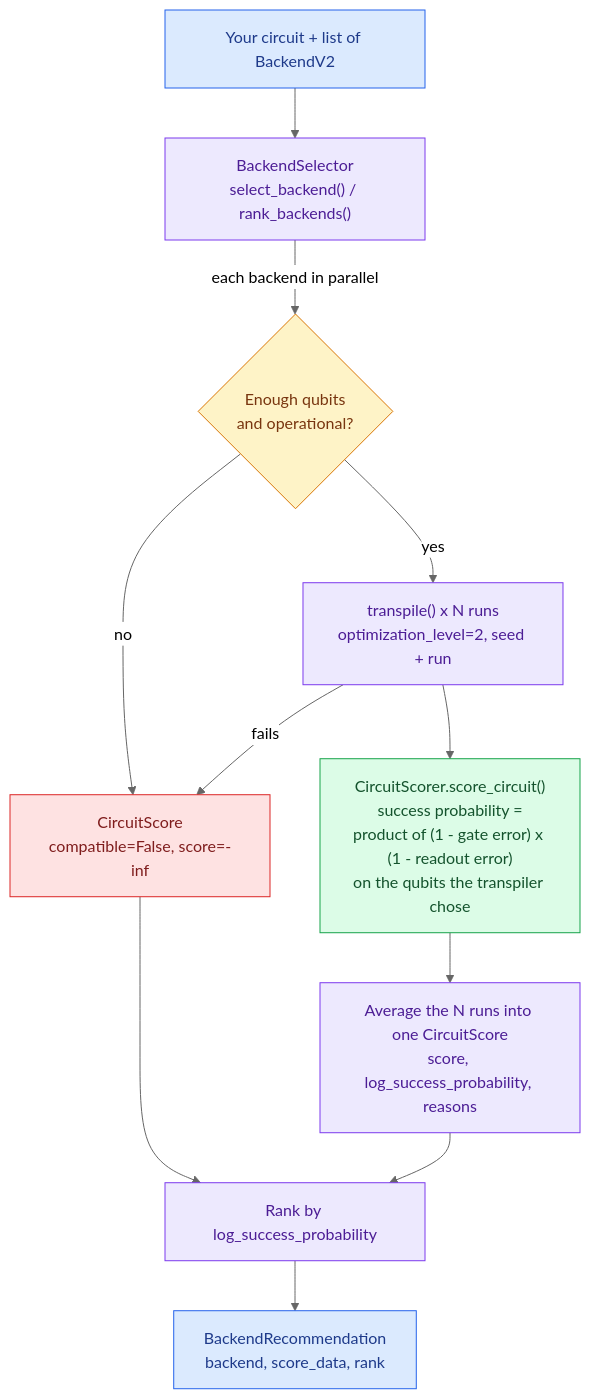
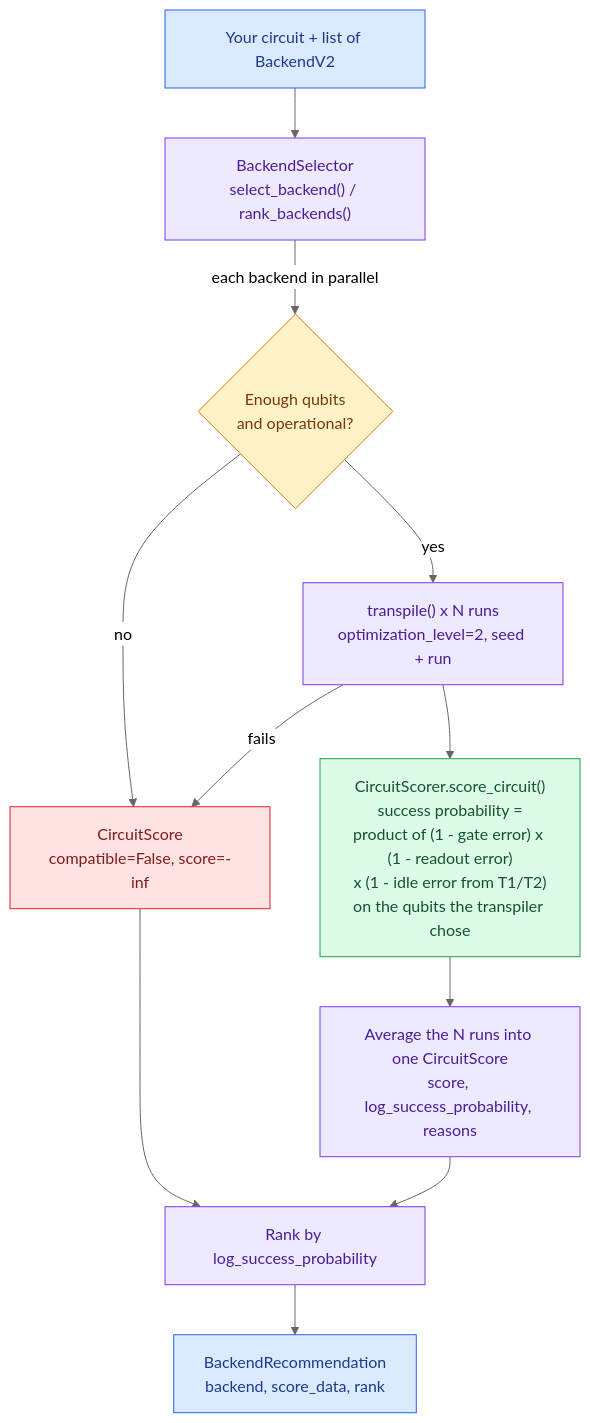
Before and after one commit to sevetseh28/enhanced_quantum_backend_selector: the diagram in enhanced-quantum-backend-selector/README.md, drawn with Mermaid (neutral theme). The commit also changed other lines of this file and 4 other files, not shown here.

Commit message:
docs: describe idle error in the scoring model and update run times

````diff
--- a/enhanced-quantum-backend-selector/README.md
+++ b/enhanced-quantum-backend-selector/README.md
@@ -44,24 +44,24 @@
 ```mermaid
 flowchart TD
     IN["Your circuit + list of BackendV2"] --> BS["BackendSelector<br/>select_backend() / rank_backends()"]
     BS -->|"each backend in parallel"| CHK{"Enough qubits<br/>and operational?"}
     CHK -->|no| INC["CircuitScore<br/>compatible=False, score=-inf"]
     CHK -->|yes| TR["transpile() x N runs<br/>optimization_level=2, seed + run"]
     TR -->|fails| INC
-    TR --> CS["CircuitScorer.score_circuit()<br/>success probability =<br/>product of (1 - gate error) x (1 - readout error)<br/>on the qubits the transpiler chose"]
+    TR --> CS["CircuitScorer.score_circuit()<br/>success probability =<br/>product of (1 - gate error) x (1 - readout error)<br/>x (1 - idle error from T1/T2)<br/>on the qubits the transpiler chose"]
     CS --> AVG["Average the N runs into one CircuitScore<br/>score, log_success_probability, reasons"]
     AVG --> RANK["Rank by log_success_probability"]
     INC --> RANK
     RANK --> OUT["BackendRecommendation<br/>backend, score_data, rank"]
 
     classDef io fill:#dbeafe,stroke:#2563eb,color:#1e3a8a
     classDef selector fill:#ede9fe,stroke:#7c3aed,color:#4c1d95
     classDef scorer fill:#dcfce7,stroke:#16a34a,color:#14532d
     classDef check fill:#fef3c7,stroke:#d97706,color:#78350f
     classDef bad fill:#fee2e2,stroke:#dc2626,color:#7f1d1d
     class IN,OUT io
     class BS,TR,AVG,RANK selector
     class CS scorer
     class CHK check
     class INC bad
 ```
````
